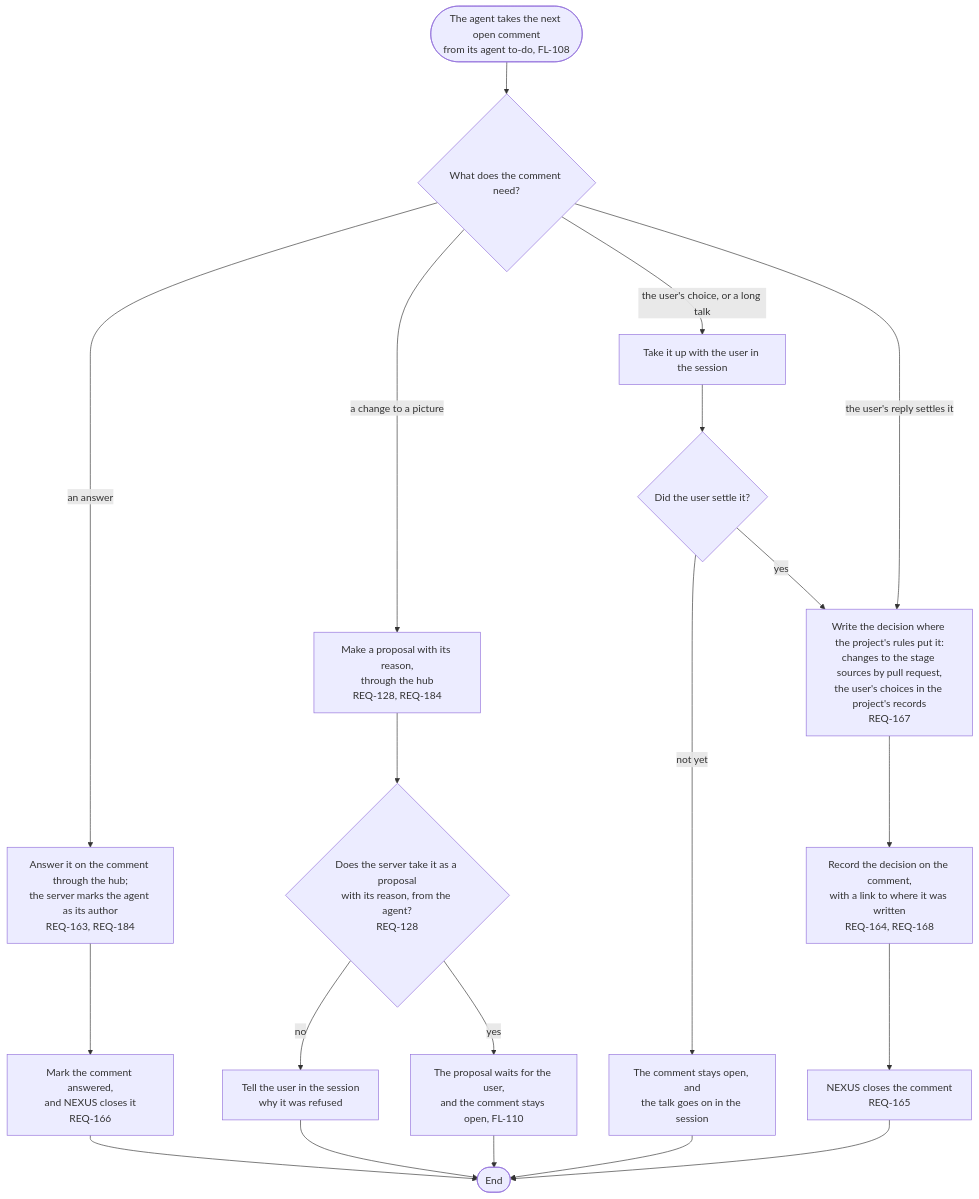
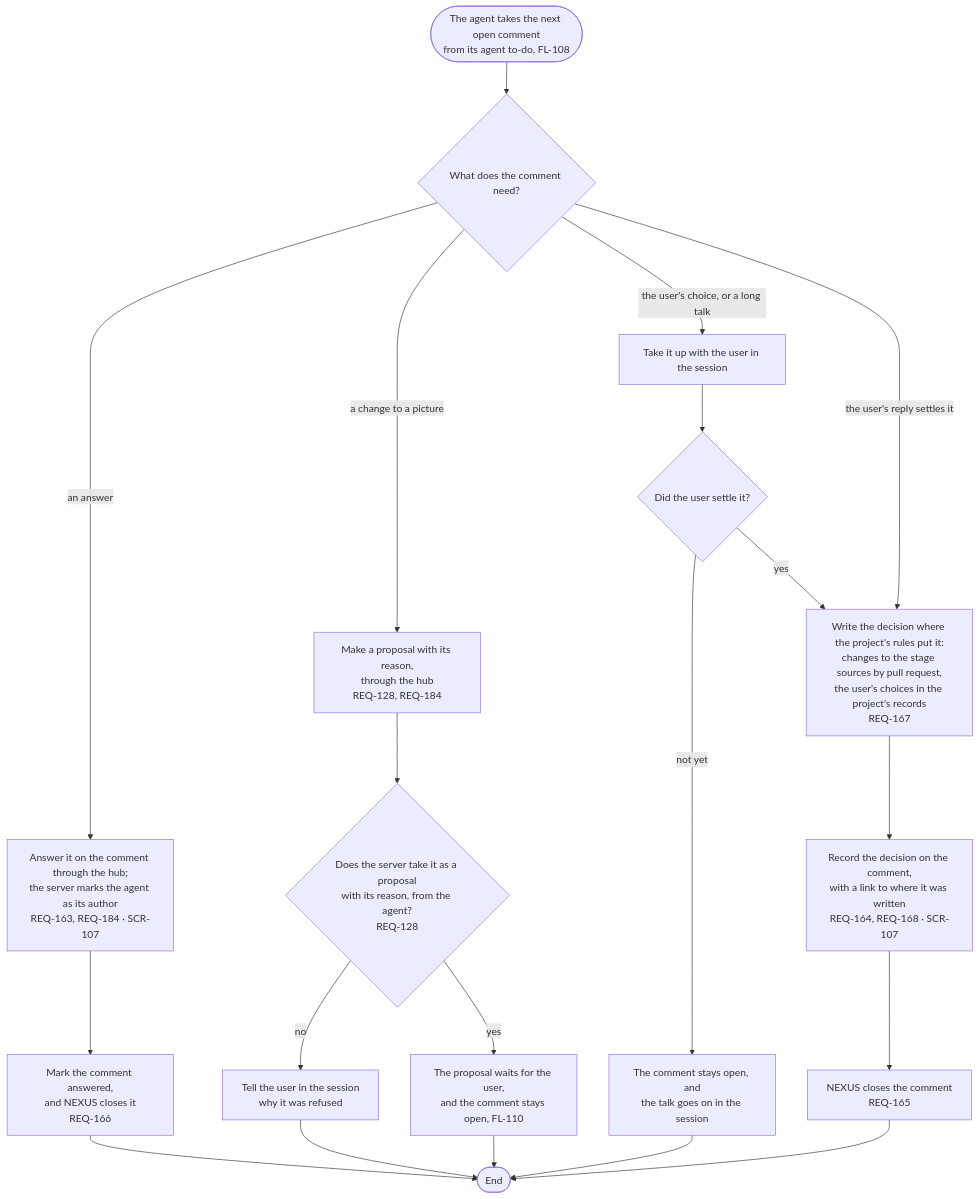
Before and after one commit to kodonghui/corthex-nexus: the diagram in docs/03-user-flow/nexus/FL-109-answer-a-comment.md, drawn with Mermaid. The commit also changed 19 other files, not shown here.

````diff
--- a/docs/03-user-flow/nexus/FL-109-answer-a-comment.md
+++ b/docs/03-user-flow/nexus/FL-109-answer-a-comment.md
@@ -9,22 +9,22 @@
 ```mermaid
 flowchart TD
   A(["The agent takes the next open comment<br/>from its agent to-do, FL-108"]) --> B{"What does the comment need?"}
-  B -->|an answer| C["Answer it on the comment through the hub;<br/>the server marks the agent as its author<br/>REQ-163, REQ-184"]
+  B -->|an answer| C["Answer it on the comment through the hub;<br/>the server marks the agent as its author<br/>REQ-163, REQ-184 · SCR-107"]
   C --> C1["Mark the comment answered,<br/>and NEXUS closes it<br/>REQ-166"]
   C1 --> Z(["End"])
   B -->|a change to a picture| D["Make a proposal with its reason,<br/>through the hub<br/>REQ-128, REQ-184"]
   D --> D1{"Does the server take it as a proposal<br/>with its reason, from the agent?<br/>REQ-128"}
   D1 -->|no| D2["Tell the user in the session<br/>why it was refused"]
   D2 --> Z
   D1 -->|yes| D3["The proposal waits for the user,<br/>and the comment stays open, FL-110"]
   D3 --> Z
   B -->|the user's choice, or a long talk| E["Take it up with the user in the session"]
   E --> F{"Did the user settle it?"}
   F -->|not yet| F1["The comment stays open, and<br/>the talk goes on in the session"]
   F1 --> Z
   B -->|the user's reply settles it| G
   F -->|yes| G["Write the decision where the project's rules put it:<br/>changes to the stage sources by pull request,<br/>the user's choices in the project's records<br/>REQ-167"]
-  G --> H["Record the decision on the comment,<br/>with a link to where it was written<br/>REQ-164, REQ-168"]
+  G --> H["Record the decision on the comment,<br/>with a link to where it was written<br/>REQ-164, REQ-168 · SCR-107"]
   H --> I["NEXUS closes the comment<br/>REQ-165"]
   I --> Z
 ```
````
